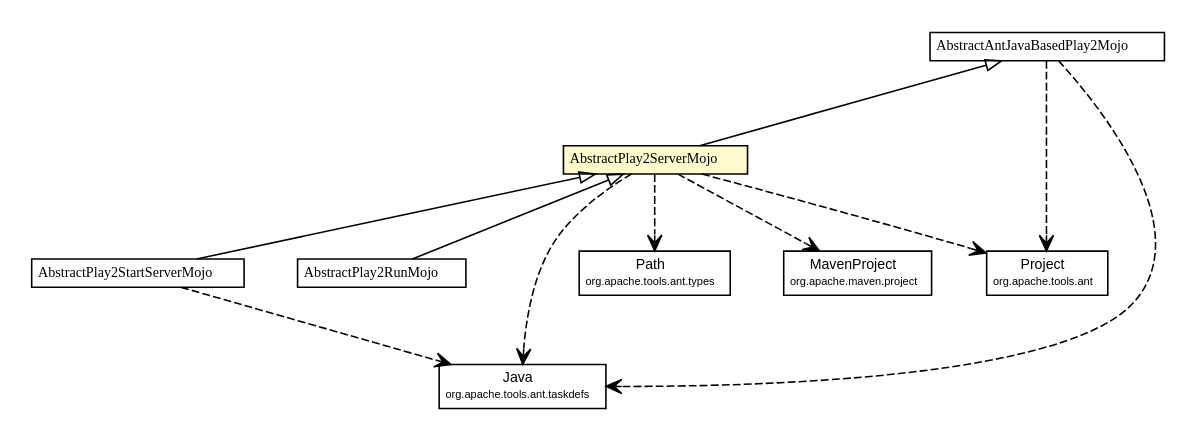
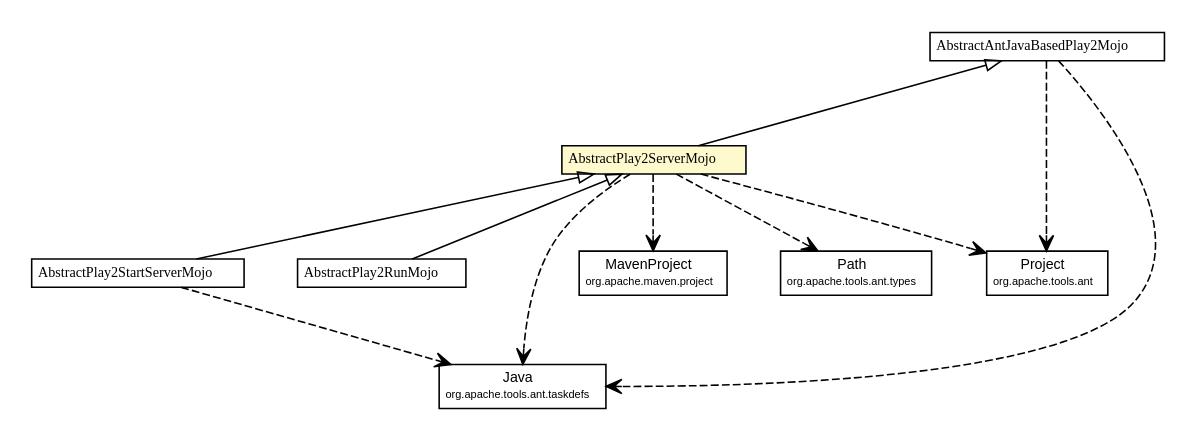
One commit to wouterhardeman/play2-maven-plugin changed the diagram in mavensite/1.0.0-alpha7-SNAPSHOT/play2-maven-plugin/apidocs/com/google/code/play2/plugin/AbstractPlay2ServerMojo.dot. Above: the diagram before and after it, drawn with Graphviz. The commit also changed 227 other files, not shown here.

```diff
--- a/mavensite/1.0.0-alpha7-SNAPSHOT/play2-maven-plugin/apidocs/com/google/code/play2/plugin/AbstractPlay2ServerMojo.dot
+++ b/mavensite/1.0.0-alpha7-SNAPSHOT/play2-maven-plugin/apidocs/com/google/code/play2/plugin/AbstractPlay2ServerMojo.dot
@@ -1,84 +1,84 @@
 #!/usr/local/bin/dot
 #
 # Class diagram 
 # Generated by UMLGraph version R5_6-24-gf6e263 (http://www.umlgraph.org/)
 #
 
 digraph G {
 	edge [fontname="arial",fontsize=10,labelfontname="arial",labelfontsize=10];
 	node [fontname="arial",fontsize=10,shape=plaintext];
 	nodesep=0.25;
 	ranksep=0.5;
 	// com.google.code.play2.plugin.AbstractPlay2StartServerMojo
 	c438 [label=<<table title="com.google.code.play2.plugin.AbstractPlay2StartServerMojo" border="0" cellborder="1" cellspacing="0" cellpadding="2" port="p" href="./AbstractPlay2StartServerMojo.html">
 		<tr><td><table border="0" cellspacing="0" cellpadding="1">
 <tr><td align="center" balign="center"><font face="arial italic"> AbstractPlay2StartServerMojo </font></td></tr>
 		</table></td></tr>
 		</table>>, URL="./AbstractPlay2StartServerMojo.html", fontname="arial", fontcolor="black", fontsize=9.0];
 	// com.google.code.play2.plugin.AbstractPlay2ServerMojo
 	c439 [label=<<table title="com.google.code.play2.plugin.AbstractPlay2ServerMojo" border="0" cellborder="1" cellspacing="0" cellpadding="2" port="p" bgcolor="lemonChiffon" href="./AbstractPlay2ServerMojo.html">
 		<tr><td><table border="0" cellspacing="0" cellpadding="1">
 <tr><td align="center" balign="center"><font face="arial italic"> AbstractPlay2ServerMojo </font></td></tr>
 		</table></td></tr>
 		</table>>, URL="./AbstractPlay2ServerMojo.html", fontname="arial", fontcolor="black", fontsize=9.0];
 	// com.google.code.play2.plugin.AbstractPlay2RunMojo
 	c440 [label=<<table title="com.google.code.play2.plugin.AbstractPlay2RunMojo" border="0" cellborder="1" cellspacing="0" cellpadding="2" port="p" href="./AbstractPlay2RunMojo.html">
 		<tr><td><table border="0" cellspacing="0" cellpadding="1">
 <tr><td align="center" balign="center"><font face="arial italic"> AbstractPlay2RunMojo </font></td></tr>
 		</table></td></tr>
 		</table>>, URL="./AbstractPlay2RunMojo.html", fontname="arial", fontcolor="black", fontsize=9.0];
 	// com.google.code.play2.plugin.AbstractAntJavaBasedPlay2Mojo
 	c447 [label=<<table title="com.google.code.play2.plugin.AbstractAntJavaBasedPlay2Mojo" border="0" cellborder="1" cellspacing="0" cellpadding="2" port="p" href="./AbstractAntJavaBasedPlay2Mojo.html">
 		<tr><td><table border="0" cellspacing="0" cellpadding="1">
 <tr><td align="center" balign="center"><font face="arial italic"> AbstractAntJavaBasedPlay2Mojo </font></td></tr>
 		</table></td></tr>
 		</table>>, URL="./AbstractAntJavaBasedPlay2Mojo.html", fontname="arial", fontcolor="black", fontsize=9.0];
 	//com.google.code.play2.plugin.AbstractPlay2StartServerMojo extends com.google.code.play2.plugin.AbstractPlay2ServerMojo
 	c439:p -> c438:p [dir=back,arrowtail=empty];
 	//com.google.code.play2.plugin.AbstractPlay2ServerMojo extends com.google.code.play2.plugin.AbstractAntJavaBasedPlay2Mojo
 	c447:p -> c439:p [dir=back,arrowtail=empty];
 	//com.google.code.play2.plugin.AbstractPlay2RunMojo extends com.google.code.play2.plugin.AbstractPlay2ServerMojo
 	c439:p -> c440:p [dir=back,arrowtail=empty];
 	// com.google.code.play2.plugin.AbstractPlay2StartServerMojo DEPEND org.apache.tools.ant.taskdefs.Java
 	c438:p -> c449:p [taillabel="", label="", headlabel="", fontname="arial", fontcolor="black", fontsize=10.0, color="black", arrowhead=open, style=dashed];
-	// com.google.code.play2.plugin.AbstractPlay2ServerMojo DEPEND org.apache.tools.ant.Project
+	// com.google.code.play2.plugin.AbstractPlay2ServerMojo DEPEND org.apache.maven.project.MavenProject
 	c439:p -> c450:p [taillabel="", label="", headlabel="", fontname="arial", fontcolor="black", fontsize=10.0, color="black", arrowhead=open, style=dashed];
 	// com.google.code.play2.plugin.AbstractPlay2ServerMojo DEPEND org.apache.tools.ant.types.Path
 	c439:p -> c451:p [taillabel="", label="", headlabel="", fontname="arial", fontcolor="black", fontsize=10.0, color="black", arrowhead=open, style=dashed];
 	// com.google.code.play2.plugin.AbstractPlay2ServerMojo DEPEND org.apache.tools.ant.taskdefs.Java
 	c439:p -> c449:p [taillabel="", label="", headlabel="", fontname="arial", fontcolor="black", fontsize=10.0, color="black", arrowhead=open, style=dashed];
-	// com.google.code.play2.plugin.AbstractPlay2ServerMojo DEPEND org.apache.maven.project.MavenProject
+	// com.google.code.play2.plugin.AbstractPlay2ServerMojo DEPEND org.apache.tools.ant.Project
 	c439:p -> c452:p [taillabel="", label="", headlabel="", fontname="arial", fontcolor="black", fontsize=10.0, color="black", arrowhead=open, style=dashed];
-	// com.google.code.play2.plugin.AbstractAntJavaBasedPlay2Mojo DEPEND org.apache.tools.ant.Project
-	c447:p -> c450:p [taillabel="", label="", headlabel="", fontname="arial", fontcolor="black", fontsize=10.0, color="black", arrowhead=open, style=dashed];
 	// com.google.code.play2.plugin.AbstractAntJavaBasedPlay2Mojo DEPEND org.apache.tools.ant.taskdefs.Java
 	c447:p -> c449:p [taillabel="", label="", headlabel="", fontname="arial", fontcolor="black", fontsize=10.0, color="black", arrowhead=open, style=dashed];
+	// com.google.code.play2.plugin.AbstractAntJavaBasedPlay2Mojo DEPEND org.apache.tools.ant.Project
+	c447:p -> c452:p [taillabel="", label="", headlabel="", fontname="arial", fontcolor="black", fontsize=10.0, color="black", arrowhead=open, style=dashed];
 	// org.apache.tools.ant.taskdefs.Java
 	c449 [label=<<table title="org.apache.tools.ant.taskdefs.Java" border="0" cellborder="1" cellspacing="0" cellpadding="2" port="p" href="http://maven-play-plugin.googlecode.com/svn/apidocs/org/apache/ant/ant/1.9.0/org/apache/tools/ant/taskdefs/Java.html">
 		<tr><td><table border="0" cellspacing="0" cellpadding="1">
 <tr><td align="center" balign="center"> Java </td></tr>
 <tr><td align="center" balign="center"><font point-size="7.0"> org.apache.tools.ant.taskdefs </font></td></tr>
 		</table></td></tr>
 		</table>>, URL="http://maven-play-plugin.googlecode.com/svn/apidocs/org/apache/ant/ant/1.9.0/org/apache/tools/ant/taskdefs/Java.html", fontname="arial", fontcolor="black", fontsize=9.0];
 	// org.apache.tools.ant.Project
-	c450 [label=<<table title="org.apache.tools.ant.Project" border="0" cellborder="1" cellspacing="0" cellpadding="2" port="p" href="http://maven-play-plugin.googlecode.com/svn/apidocs/org/apache/ant/ant/1.9.0/org/apache/tools/ant/Project.html">
+	c452 [label=<<table title="org.apache.tools.ant.Project" border="0" cellborder="1" cellspacing="0" cellpadding="2" port="p" href="http://maven-play-plugin.googlecode.com/svn/apidocs/org/apache/ant/ant/1.9.0/org/apache/tools/ant/Project.html">
 		<tr><td><table border="0" cellspacing="0" cellpadding="1">
 <tr><td align="center" balign="center"> Project </td></tr>
 <tr><td align="center" balign="center"><font point-size="7.0"> org.apache.tools.ant </font></td></tr>
 		</table></td></tr>
 		</table>>, URL="http://maven-play-plugin.googlecode.com/svn/apidocs/org/apache/ant/ant/1.9.0/org/apache/tools/ant/Project.html", fontname="arial", fontcolor="black", fontsize=9.0];
 	// org.apache.tools.ant.types.Path
 	c451 [label=<<table title="org.apache.tools.ant.types.Path" border="0" cellborder="1" cellspacing="0" cellpadding="2" port="p" href="http://maven-play-plugin.googlecode.com/svn/apidocs/org/apache/ant/ant/1.9.0/org/apache/tools/ant/types/Path.html">
 		<tr><td><table border="0" cellspacing="0" cellpadding="1">
 <tr><td align="center" balign="center"> Path </td></tr>
 <tr><td align="center" balign="center"><font point-size="7.0"> org.apache.tools.ant.types </font></td></tr>
 		</table></td></tr>
 		</table>>, URL="http://maven-play-plugin.googlecode.com/svn/apidocs/org/apache/ant/ant/1.9.0/org/apache/tools/ant/types/Path.html", fontname="arial", fontcolor="black", fontsize=9.0];
 	// org.apache.maven.project.MavenProject
-	c452 [label=<<table title="org.apache.maven.project.MavenProject" border="0" cellborder="1" cellspacing="0" cellpadding="2" port="p" href="http://maven.apache.org/ref/2.2.1/maven-project/apidocs/org/apache/maven/project/MavenProject.html">
+	c450 [label=<<table title="org.apache.maven.project.MavenProject" border="0" cellborder="1" cellspacing="0" cellpadding="2" port="p" href="http://maven.apache.org/ref/2.2.1/maven-project/apidocs/org/apache/maven/project/MavenProject.html">
 		<tr><td><table border="0" cellspacing="0" cellpadding="1">
 <tr><td align="center" balign="center"> MavenProject </td></tr>
 <tr><td align="center" balign="center"><font point-size="7.0"> org.apache.maven.project </font></td></tr>
 		</table></td></tr>
 		</table>>, URL="http://maven.apache.org/ref/2.2.1/maven-project/apidocs/org/apache/maven/project/MavenProject.html", fontname="arial", fontcolor="black", fontsize=9.0];
 }
```
